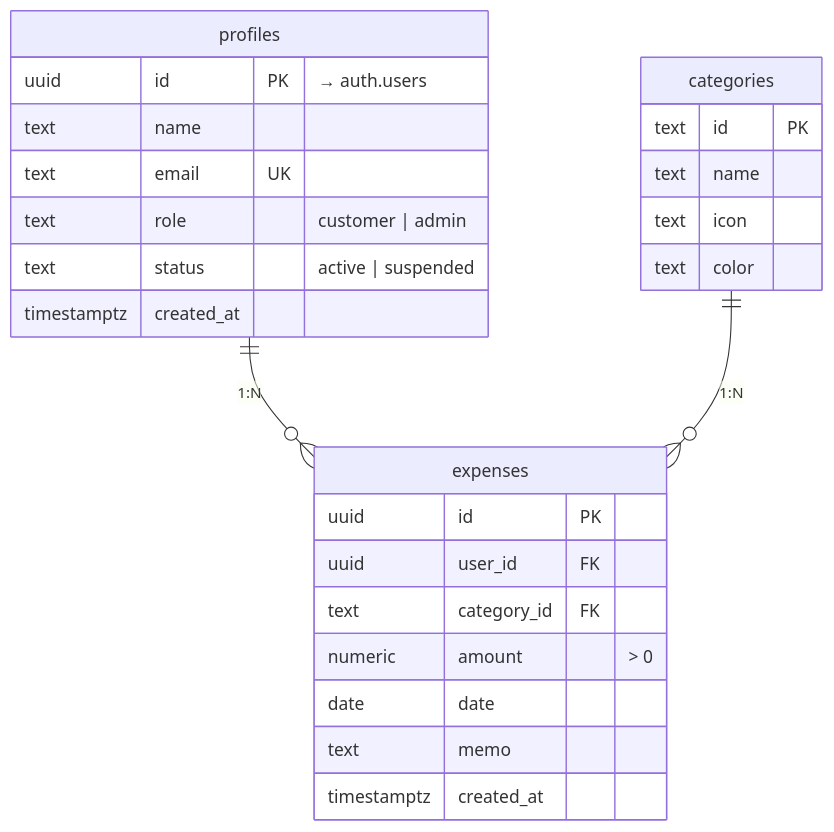
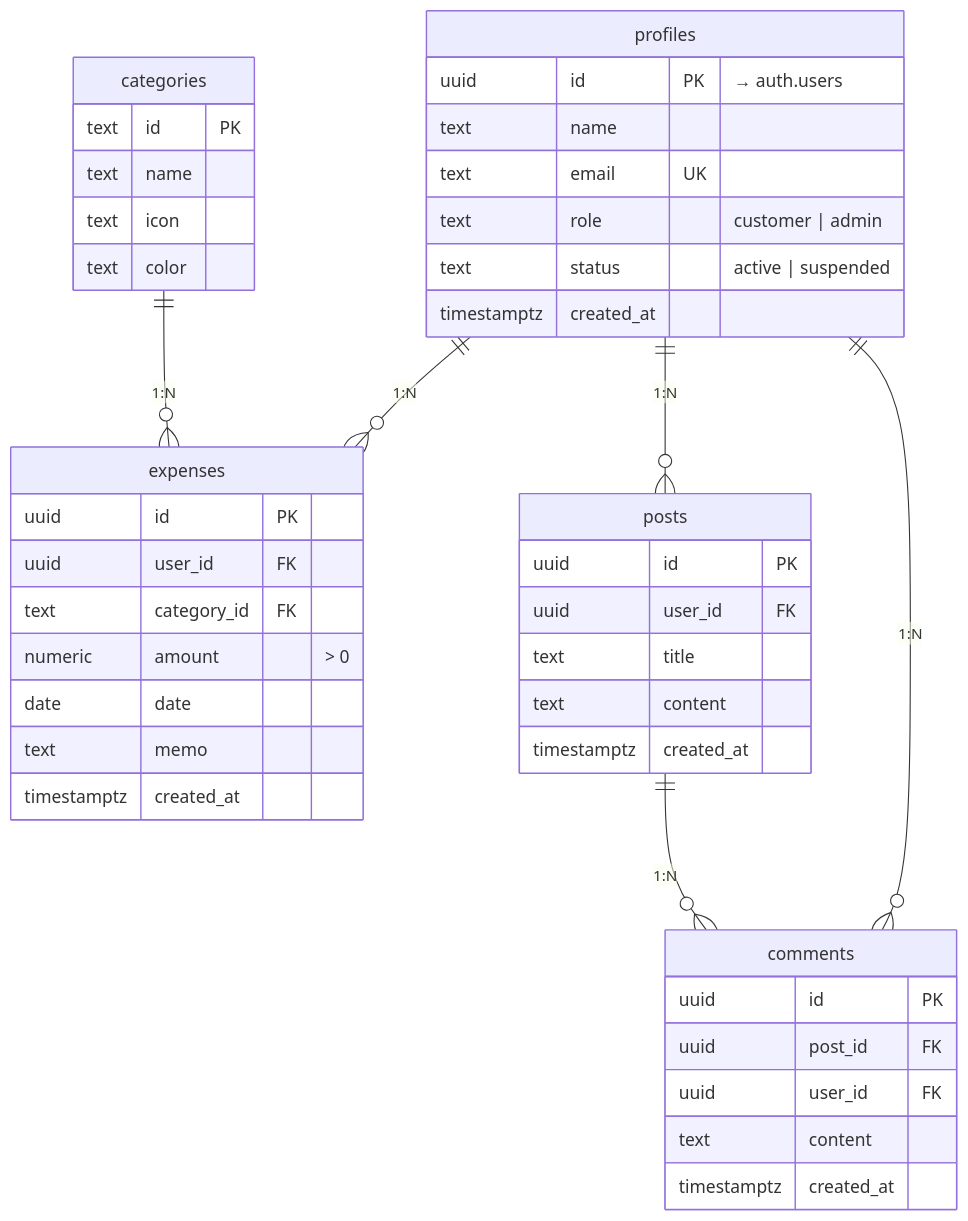
One commit to DavidLee534/expense-tracker changed the first of 2 diagrams in README.md. Above: the diagram before and after it, drawn with Mermaid. The commit also changed other lines of this file and 20 other files, not shown here.

````diff
--- a/README.md
+++ b/README.md
@@ -56,29 +59,46 @@
 ```mermaid
 erDiagram
     profiles ||--o{ expenses : "1:N"
     categories ||--o{ expenses : "1:N"
+    profiles ||--o{ posts : "1:N"
+    profiles ||--o{ comments : "1:N"
+    posts ||--o{ comments : "1:N"
 
     profiles {
         uuid id PK "→ auth.users"
         text name
         text email UK
         text role "customer | admin"
         text status "active | suspended"
         timestamptz created_at
     }
     expenses {
         uuid id PK
         uuid user_id FK
         text category_id FK
         numeric amount "> 0"
         date date
         text memo
         timestamptz created_at
     }
     categories {
         text id PK
         text name
         text icon
         text color
     }
+    posts {
+        uuid id PK
+        uuid user_id FK
+        text title
+        text content
+        timestamptz created_at
+    }
+    comments {
+        uuid id PK
+        uuid post_id FK
+        uuid user_id FK
+        text content
+        timestamptz created_at
+    }
 ```
````
